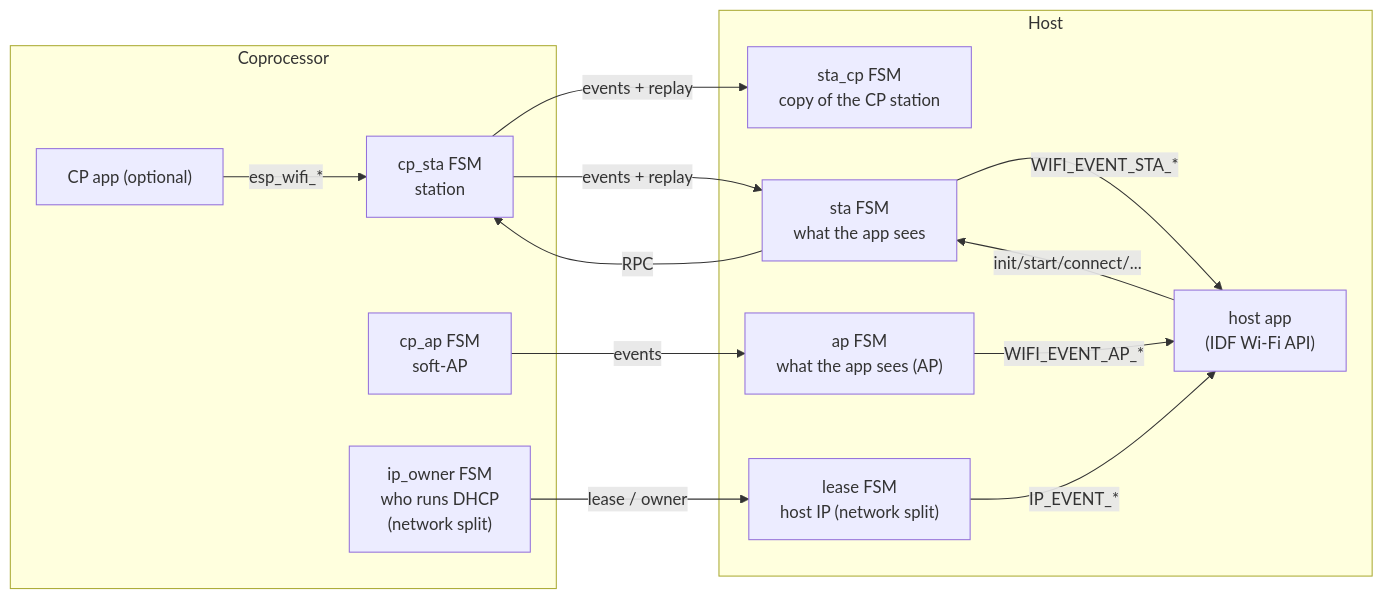
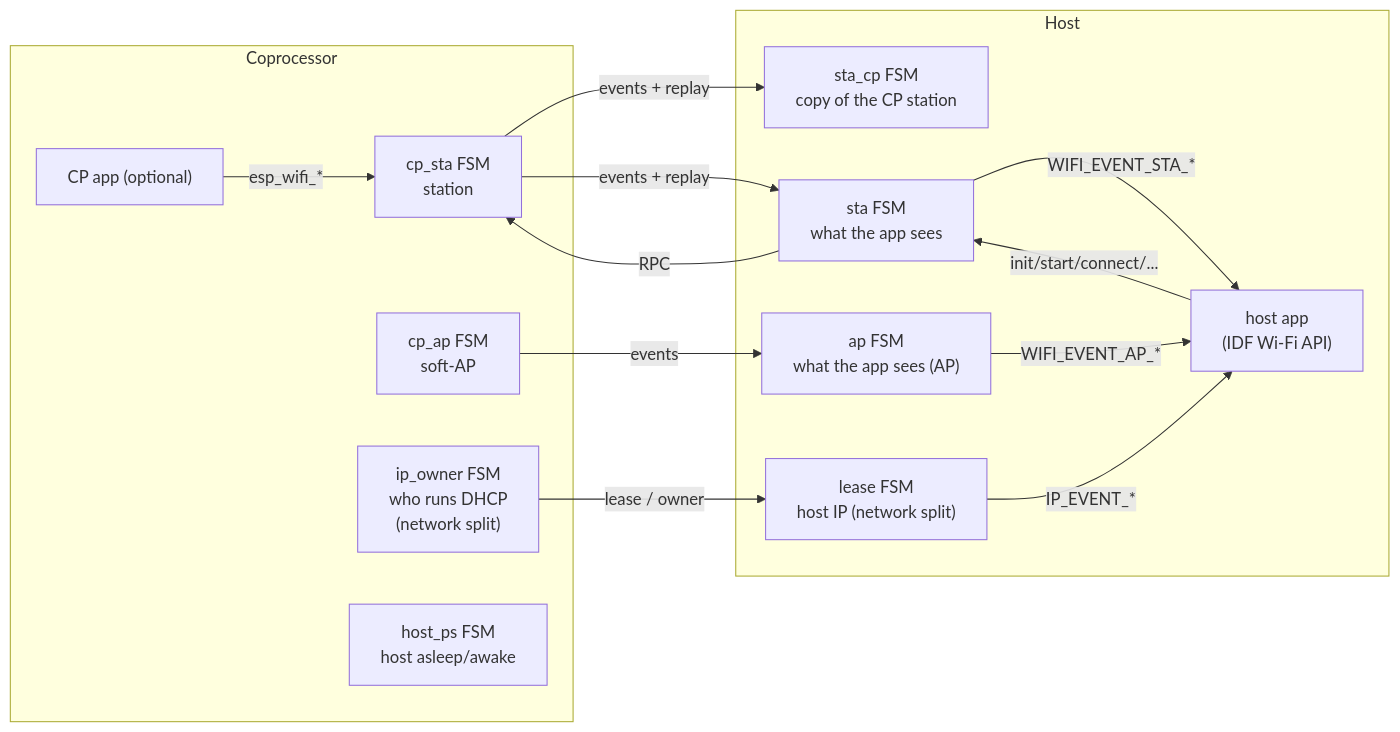
Before and after one commit to espressif/esp-hosted-mcu: the first of 10 diagrams in docs/design/wifi-fsm.md, drawn with Mermaid. The commit also changed other lines of this file and 10 other files, not shown here.

First line of the commit message:
host_ps: power-save FSM, wake filter, hold wake frames

````diff
--- a/docs/design/wifi-fsm.md
+++ b/docs/design/wifi-fsm.md
@@ -21,26 +21,27 @@
 ```mermaid
 flowchart LR
   subgraph CP["Coprocessor"]
     cpapp["CP app (optional)"]
     cpsta["cp_sta FSM<br/>station"]
     cpap["cp_ap FSM<br/>soft-AP"]
     owner["ip_owner FSM<br/>who runs DHCP<br/>(network split)"]
+    hps["host_ps FSM<br/>host asleep/awake"]
   end
   subgraph HOST["Host"]
     app["host app<br/>(IDF Wi-Fi API)"]
     sta["sta FSM<br/>what the app sees"]
     copy["sta_cp FSM<br/>copy of the CP station"]
     hap["ap FSM<br/>what the app sees (AP)"]
     lease["lease FSM<br/>host IP (network split)"]
   end
   app -- "init/start/connect/..." --> sta
   sta -- "RPC" --> cpsta
   cpapp -- "esp_wifi_*" --> cpsta
   cpsta -- "events + replay" --> copy
   cpsta -- "events + replay" --> sta
   cpap -- "events" --> hap
   owner -- "lease / owner" --> lease
   sta -- "WIFI_EVENT_STA_*" --> app
   hap -- "WIFI_EVENT_AP_*" --> app
   lease -- "IP_EVENT_*" --> app
 ```
````
